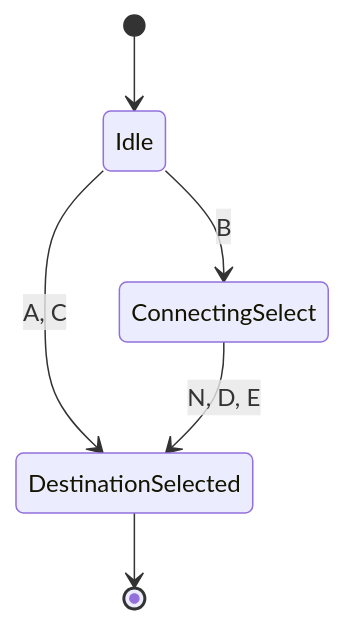
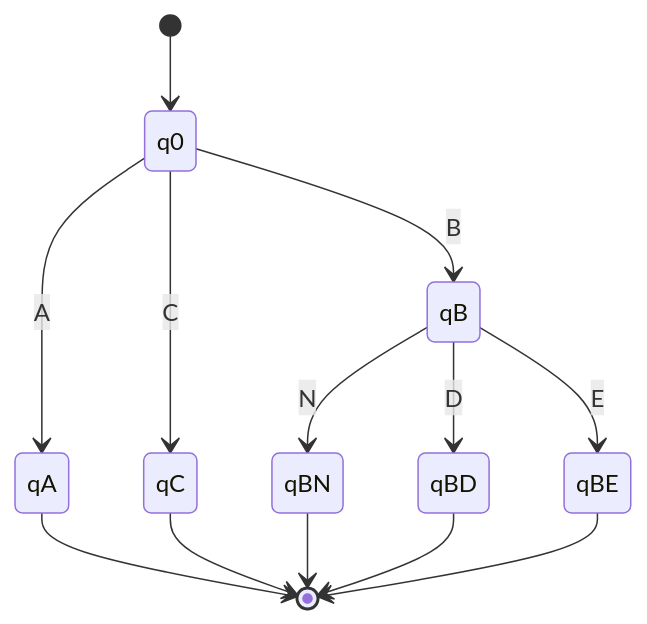
The first of 4 diagrams in README.md (ziaur390/finite_state_machine), drawn with Mermaid before and after one commit. The commit also changed other lines of this file, not shown here.

````diff
--- a/README.md
+++ b/README.md
@@ -11,11 +43,17 @@
 ```mermaid
 stateDiagram-v2
-    [*] --> Idle
-    
-    Idle --> DestinationSelected : A, C
-    Idle --> ConnectingSelect : B
-    
-    ConnectingSelect --> DestinationSelected : N, D, E
-    
-    DestinationSelected --> [*]
+    [*] --> q0
+    q0 --> qA: A
+    q0 --> qC: C
+    q0 --> qB: B
+
+    qB --> qBN: N
+    qB --> qBD: D
+    qB --> qBE: E
+
+    qA --> [*]
+    qC --> [*]
+    qBN --> [*]
+    qBD --> [*]
+    qBE --> [*]
 ```
````
